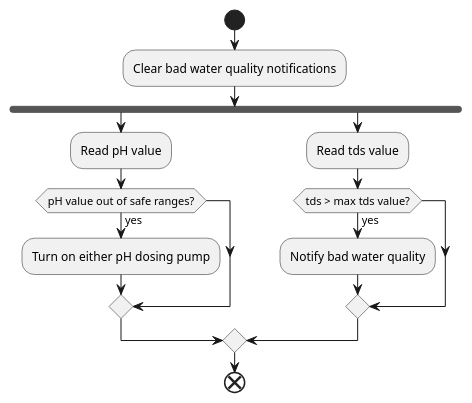
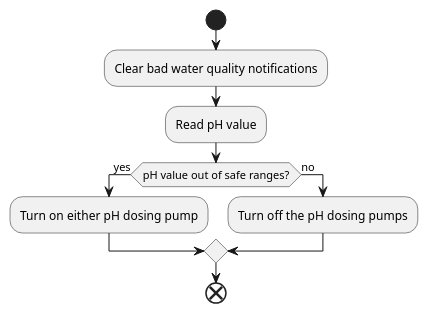
Before and after one commit to Vvamp/ATP2324: the third of 3 diagrams in Testplan/Appendices/activitydiagram.puml, drawn with PlantUML. The commit also changed other lines of this file and 2 other files, not shown here.

Commit message:
update diagrams and text

```diff
--- a/Testplan/Appendices/activitydiagram.puml
+++ b/Testplan/Appendices/activitydiagram.puml
@@ -55,31 +50,13 @@
 @startuml ActivityDiagramQuality
 start
 :Clear bad water quality notifications;
-fork 
-    :Read pH value;
-    if (pH value out of safe ranges?) is (yes) then 
-        :Turn on either pH dosing pump;
-    endif
-fork again 
-    :Read tds value;
-    if (tds > max tds value?) is (yes) then 
-        :Notify bad water quality;
-    endif
-end merge 
-
-
-
-' Quality -> check
-' (parallel) Read ph value
-' (parallel) Read tds value
-' (close parallel)
-' if ph value > max value: 
-'' turn on
-'' else turn off
-' if tds value > max value:
-'' turn on 
-'' else turn off
+:Read pH value;
+if (pH value out of safe ranges?) is (yes) then 
+    :Turn on either pH dosing pump;
+else  (no)
+    :Turn off the pH dosing pumps;
+endif
 
 end
 
 @enduml
```
